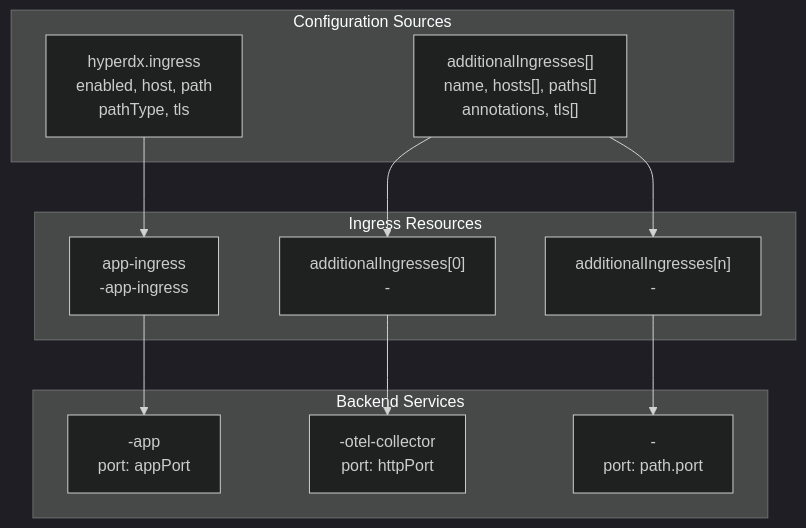
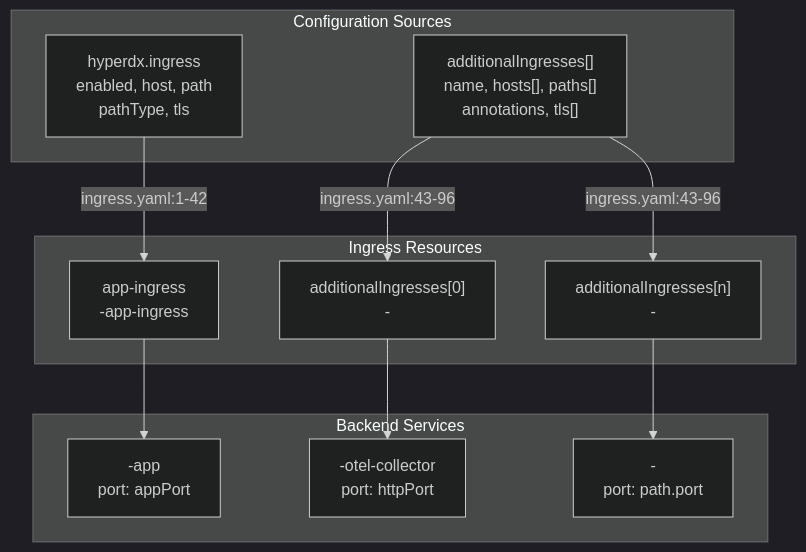
The second of 4 diagrams in docs/hyperdxio-helm-charts-docs/Networking-and-Security.md (openchoreo/openchoreo), drawn with Mermaid (dark theme) before and after one commit. The commit also changed other lines of this file and 85 other files, not shown here.

Commit message:
feat: Add new workflow and specification templates, update Helm chart dependencies, and clarify documentation diagrams.

````diff
--- a/docs/hyperdxio-helm-charts-docs/Networking-and-Security.md
+++ b/docs/hyperdxio-helm-charts-docs/Networking-and-Security.md
@@ -170,36 +170,36 @@
 ```mermaid
 flowchart TD
 
 MainIngress["app-ingress<br>-app-ingress"]
 AdditionalIngress1["additionalIngresses[0]<br>-"]
 AdditionalIngressN["additionalIngresses[n]<br>-"]
 MainConfig["hyperdx.ingress<br>enabled, host, path<br>pathType, tls"]
 AddConfig["additionalIngresses[]<br>name, hosts[], paths[]<br>annotations, tls[]"]
 AppSvc["-app<br>port: appPort"]
 OTELSvc["-otel-collector<br>port: httpPort"]
 CustomSvc["-<br>port: path.port"]
 
-MainConfig --> MainIngress
-AddConfig --> AdditionalIngress1
-AddConfig --> AdditionalIngressN
+MainConfig -->|"ingress.yaml:1-42"| MainIngress
+AddConfig -->|"ingress.yaml:43-96"| AdditionalIngress1
+AddConfig -->|"ingress.yaml:43-96"| AdditionalIngressN
 MainIngress --> AppSvc
 AdditionalIngress1 --> OTELSvc
 AdditionalIngressN --> CustomSvc
 
 subgraph subGraph2 ["Backend Services"]
     AppSvc
     OTELSvc
     CustomSvc
 end
 
 subgraph subGraph1 ["Configuration Sources"]
     MainConfig
     AddConfig
 end
 
 subgraph subGraph0 ["Ingress Resources"]
     MainIngress
     AdditionalIngress1
     AdditionalIngressN
 end
 ```
````
